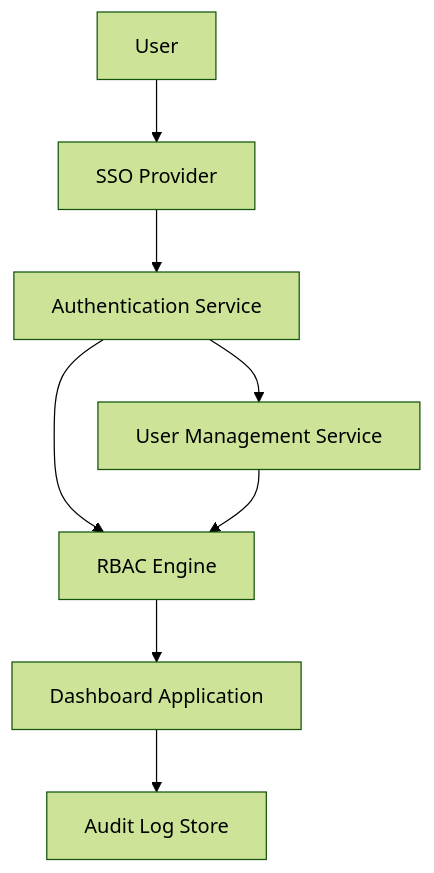
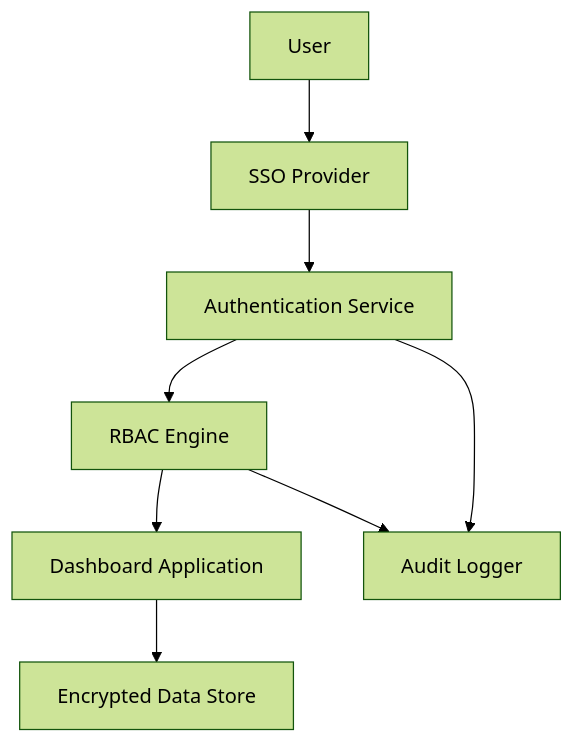
The diagram in HLD/QE-4731_HLD.md (Davamani-git/APB_Demo), drawn with Mermaid (forest theme) before and after one commit. The commit also changed other lines of this file, not shown here.

````diff
--- a/HLD/QE-4731_HLD.md
+++ b/HLD/QE-4731_HLD.md
@@ -7,18 +7,18 @@
 ```mermaid
 flowchart TD
     A["User"]
     B["SSO Provider"]
     C["Authentication Service"]
     D["RBAC Engine"]
-    E["Dashboard Application"]
-    F["Audit Log Store"]
-    G["User Management Service"]
+    E["Audit Logger"]
+    F["Dashboard Application"]
+    G["Encrypted Data Store"]
     
     A --> B
     B --> C
     C --> D
+    D --> F
+    F --> G
     D --> E
-    E --> F
-    C --> G
-    G --> D
+    C --> E
 ```
````
